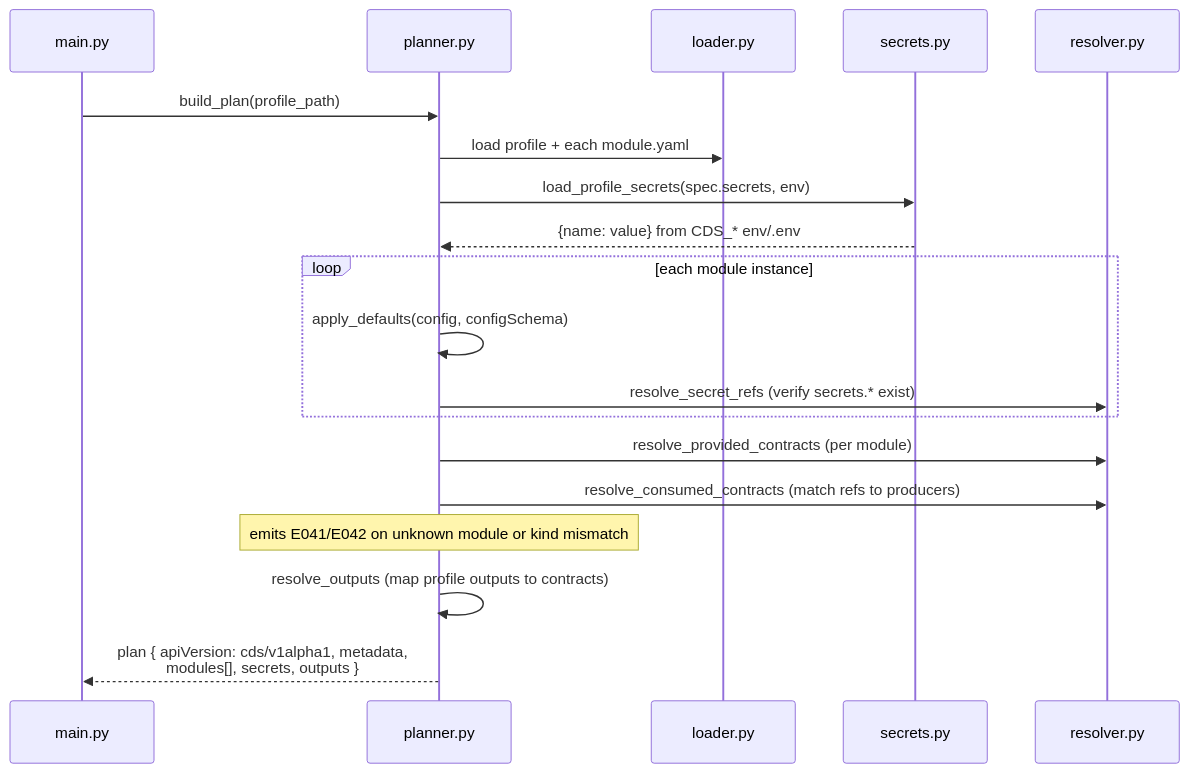
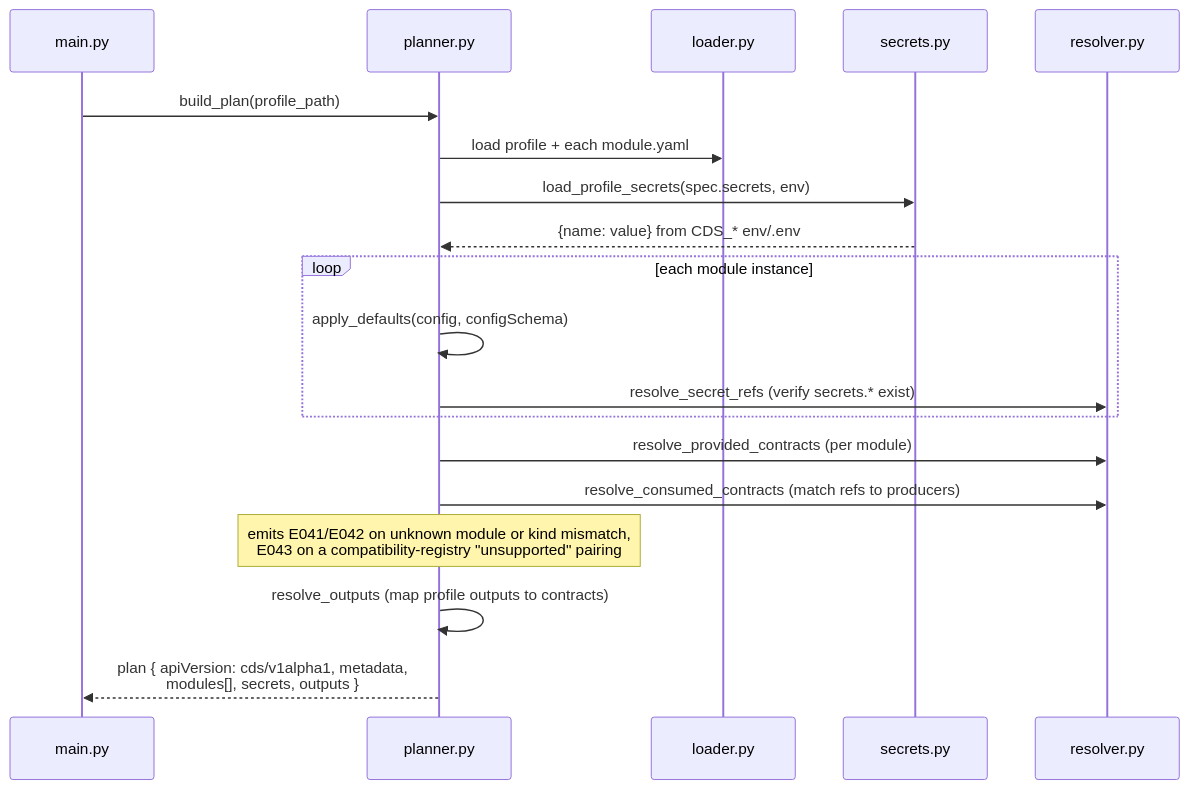
The seventh of 9 diagrams in docs/how-it-works.md (RonaldHensbergen/composable-data-stack), drawn with Mermaid before and after one commit. The commit also changed 1 other file, not shown here.

Commit message:
docs: mention E043 compatibility-registry check alongside E041/E042
self-review of #655: docs/how-it-works.md and
docs/from-docker-to-cds-profile.md described the validate-time
contract-binding checks (E041/E042) but weren't updated when the
compatibility-registry check (E043) was added.

````diff
--- a/docs/how-it-works.md
+++ b/docs/how-it-works.md
@@ -393,22 +393,22 @@
 ```mermaid
 sequenceDiagram
     participant CLI as main.py
     participant Plan as planner.py
     participant Load as loader.py
     participant Secrets as secrets.py
     participant Res as resolver.py
 
     CLI->>Plan: build_plan(profile_path)
     Plan->>Load: load profile + each module.yaml
     Plan->>Secrets: load_profile_secrets(spec.secrets, env)
     Secrets-->>Plan: {name: value} from CDS_* env/.env
     loop each module instance
         Plan->>Plan: apply_defaults(config, configSchema)
         Plan->>Res: resolve_secret_refs (verify secrets.* exist)
     end
     Plan->>Res: resolve_provided_contracts (per module)
     Plan->>Res: resolve_consumed_contracts (match refs to producers)
-    Note over Plan: emits E041/E042 on unknown module or kind mismatch
+    Note over Plan: emits E041/E042 on unknown module or kind mismatch,<br/>E043 on a compatibility-registry "unsupported" pairing
     Plan->>Plan: resolve_outputs (map profile outputs to contracts)
     Plan-->>CLI: plan { apiVersion: cds/v1alpha1, metadata,<br/>modules[], secrets, outputs }
 ```
````
